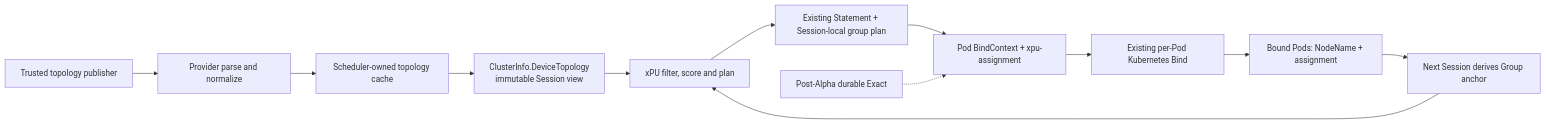
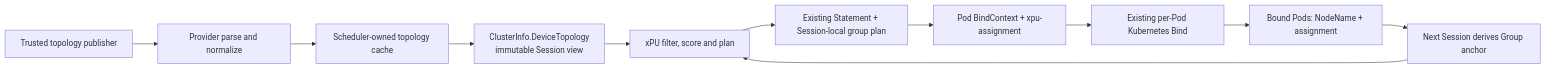
The first of 4 diagrams in docs/design/xpu-topology-aware/99-generic-xpu-topology-aware-design-zh-v4.md (SiuMai99/volcano), drawn with Mermaid before and after one commit. The commit also changed other lines of this file and 2 other files, not shown here.

```diff
--- a/docs/design/xpu-topology-aware/99-generic-xpu-topology-aware-design-zh-v4.md
+++ b/docs/design/xpu-topology-aware/99-generic-xpu-topology-aware-design-zh-v4.md
@@ -131,14 +126,13 @@
 ~~~mermaid
 flowchart LR
     Sources["Trusted topology publisher"] --> Provider["Provider parse and normalize"]
     Provider --> Live["Scheduler-owned topology cache"]
     Live --> Snapshot["ClusterInfo.DeviceTopology<br/>immutable Session view"]
     Snapshot --> Plugin["xPU filter, score and plan"]
     Plugin --> Statement["Existing Statement + Session-local group plan"]
     Statement --> Assignment["Pod BindContext + xpu-assignment"]
     Assignment --> Bind["Existing per-Pod Kubernetes Bind"]
     Bind --> Pods["Bound Pods: NodeName + assignment"]
     Pods --> Recover["Next Session derives Group anchor"]
     Recover --> Plugin
-    Future["Post-Alpha durable Exact"] -.-> Assignment
 ~~~
```
